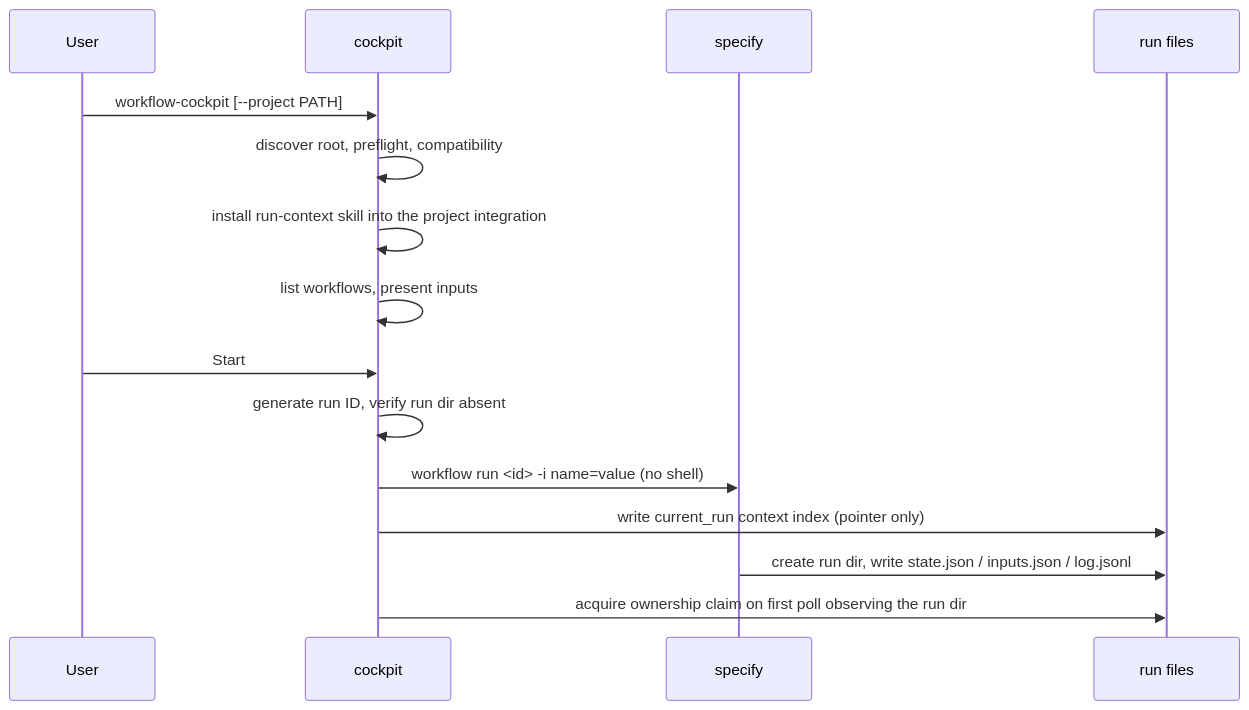
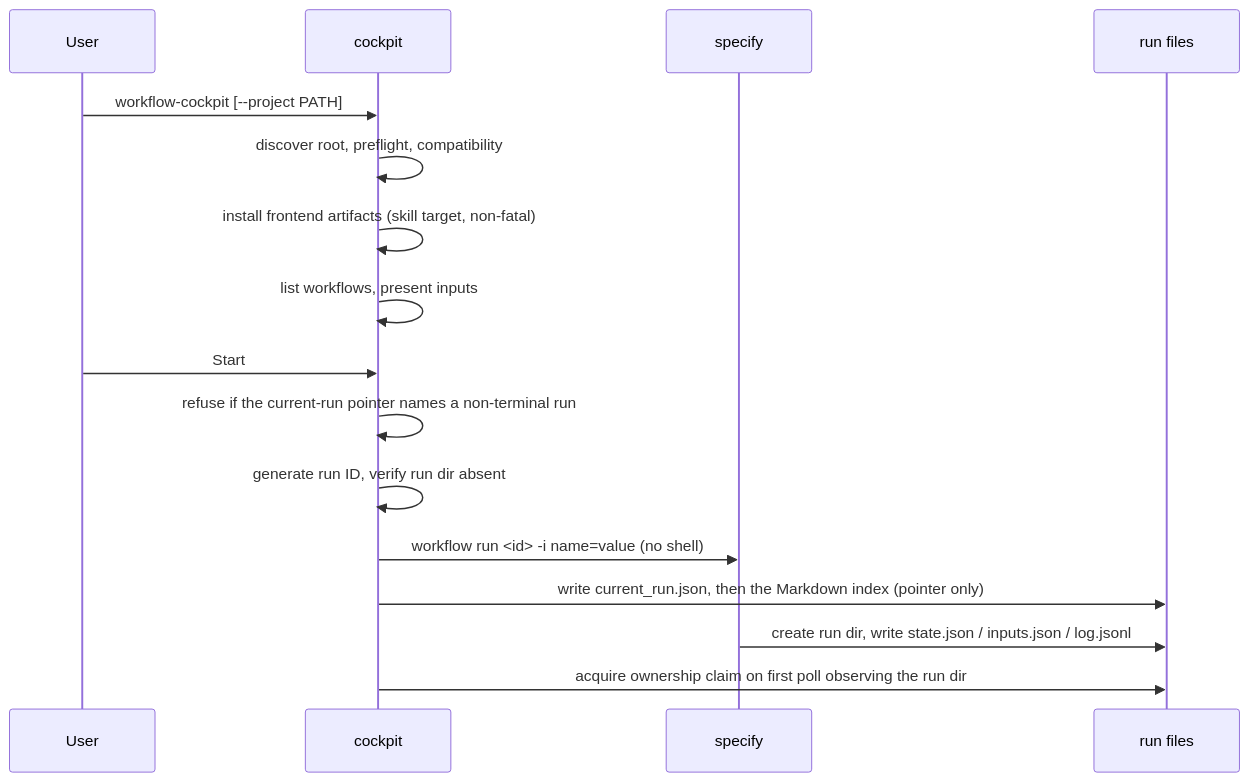
The first of 8 diagrams in docs/architecture/06-runtime-view.md (markuswondrak/spec-kit-workflow-cockpit), drawn with Mermaid before and after one commit. The commit also changed other lines of this file and 47 other files, not shown here.

Commit message:
feat: Shared frontend foundation: read command, integration installer, headless host (#42)

````diff
--- a/docs/architecture/06-runtime-view.md
+++ b/docs/architecture/06-runtime-view.md
@@ -10,17 +10,18 @@
 ```mermaid
 sequenceDiagram
     participant U as User
     participant C as cockpit
     participant S as specify
     participant R as run files
     U->>C: workflow-cockpit [--project PATH]
     C->>C: discover root, preflight, compatibility
-    C->>C: install run-context skill into the project integration
+    C->>C: install frontend artifacts (skill target, non-fatal)
     C->>C: list workflows, present inputs
     U->>C: Start
+    C->>C: refuse if the current-run pointer names a non-terminal run
     C->>C: generate run ID, verify run dir absent
     C->>S: workflow run <id> -i name=value (no shell)
-    C->>R: write current_run context index (pointer only)
+    C->>R: write current_run.json, then the Markdown index (pointer only)
     S->>R: create run dir, write state.json / inputs.json / log.jsonl
     C->>R: acquire ownership claim on first poll observing the run dir
 ```
````
